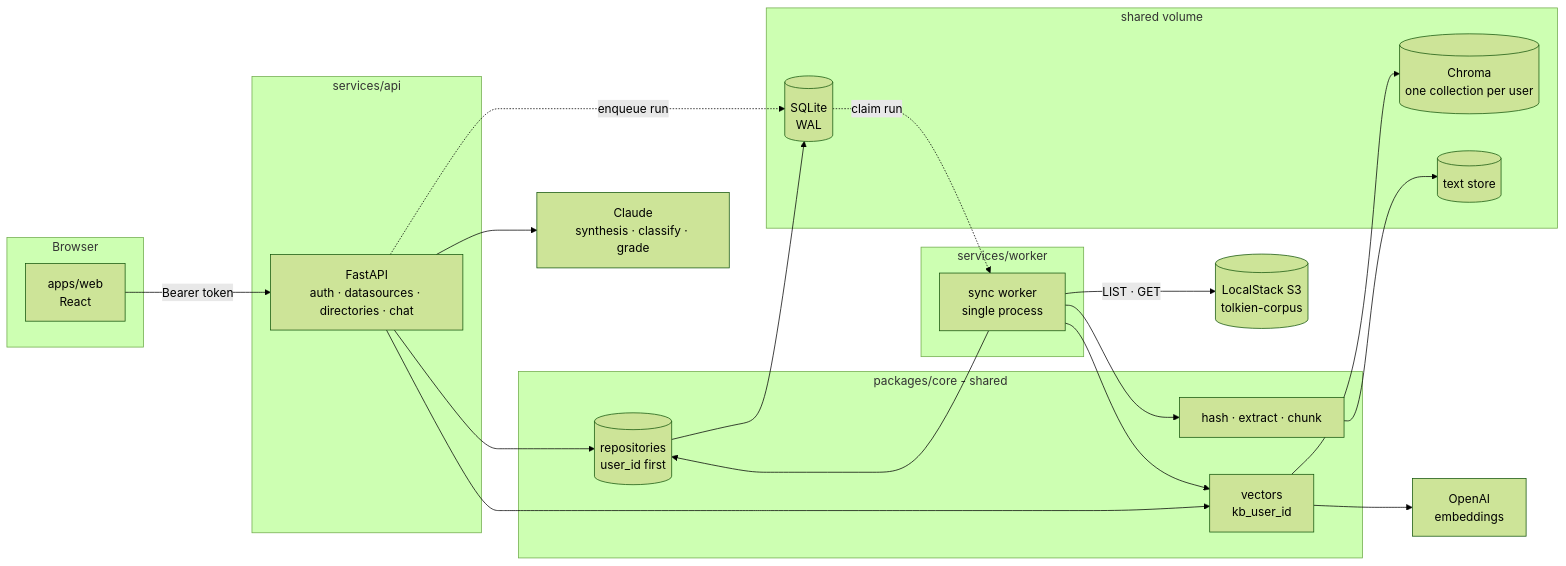
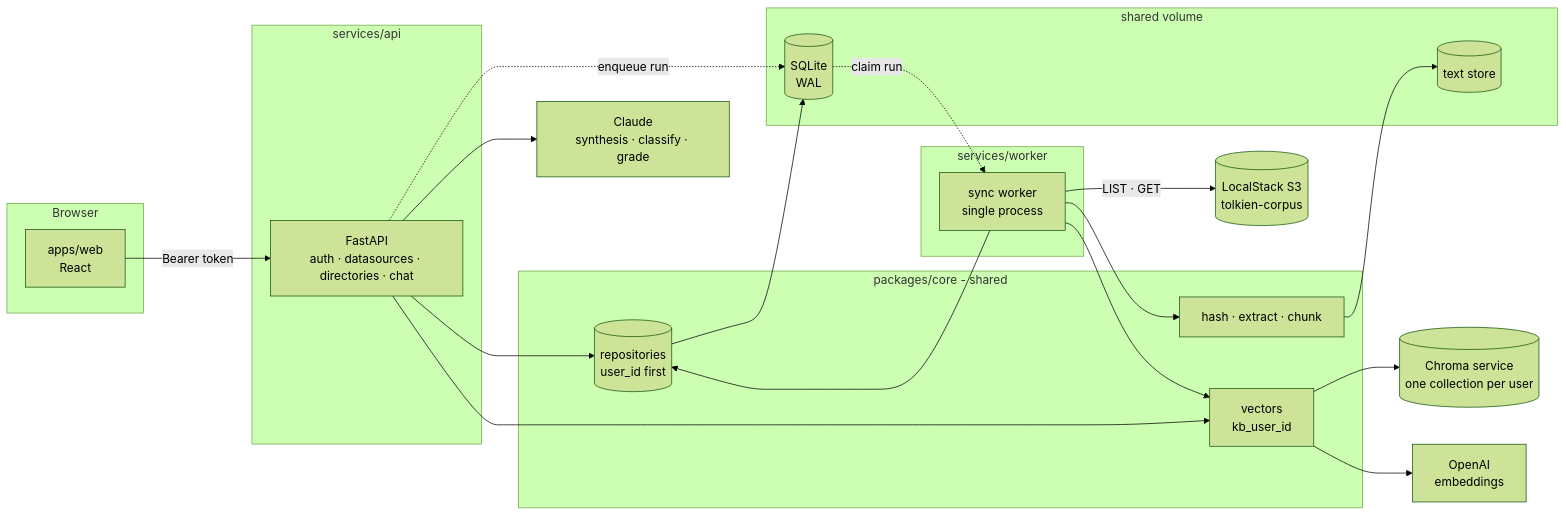
The first of 4 diagrams in docs/architecture.md (nvojvodic-white/document-intelligence-platform), drawn with Mermaid (forest theme) before and after one commit. The commit also changed other lines of this file and 5 other files, not shown here.

First line of the commit message:
fix(vectors): run Chroma as a service, not a shared directory

````diff
--- a/docs/architecture.md
+++ b/docs/architecture.md
@@ -12,46 +12,47 @@
 ```mermaid
 flowchart LR
     subgraph browser[Browser]
         UI[apps/web<br/>React]
     end
 
     subgraph api_svc[services/api]
         API[FastAPI<br/>auth · datasources · directories · chat]
     end
 
     subgraph worker_svc[services/worker]
         W[sync worker<br/>single process]
     end
 
     subgraph core_pkg[packages/core - shared]
         REPO[(repositories<br/>user_id first)]
         VEC[vectors<br/>kb_user_id]
         PIPE[hash · extract · chunk]
     end
 
     subgraph state[shared volume]
         DB[(SQLite<br/>WAL)]
-        CH[(Chroma<br/>one collection per user)]
         TS[(text store)]
     end
+
+    CH[(Chroma service<br/>one collection per user)]
 
     S3[(LocalStack S3<br/>tolkien-corpus)]
     LLM[Claude<br/>synthesis · classify · grade]
     EMB[OpenAI<br/>embeddings]
 
     UI -->|Bearer token| API
     API --> REPO
     API --> VEC
     API --> LLM
     W --> REPO
     W --> PIPE
     W --> VEC
     W -->|LIST · GET| S3
     VEC --> EMB
     REPO --> DB
     VEC --> CH
     PIPE --> TS
 
     API -.->|enqueue run| DB
     DB -.->|claim run| W
 ```
````
